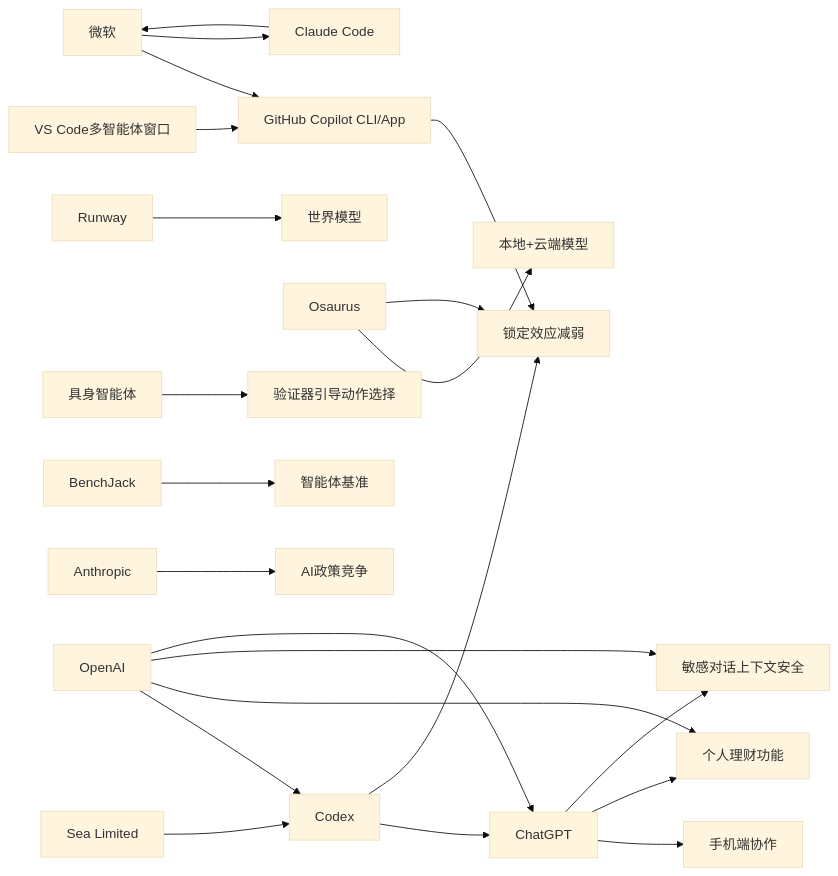
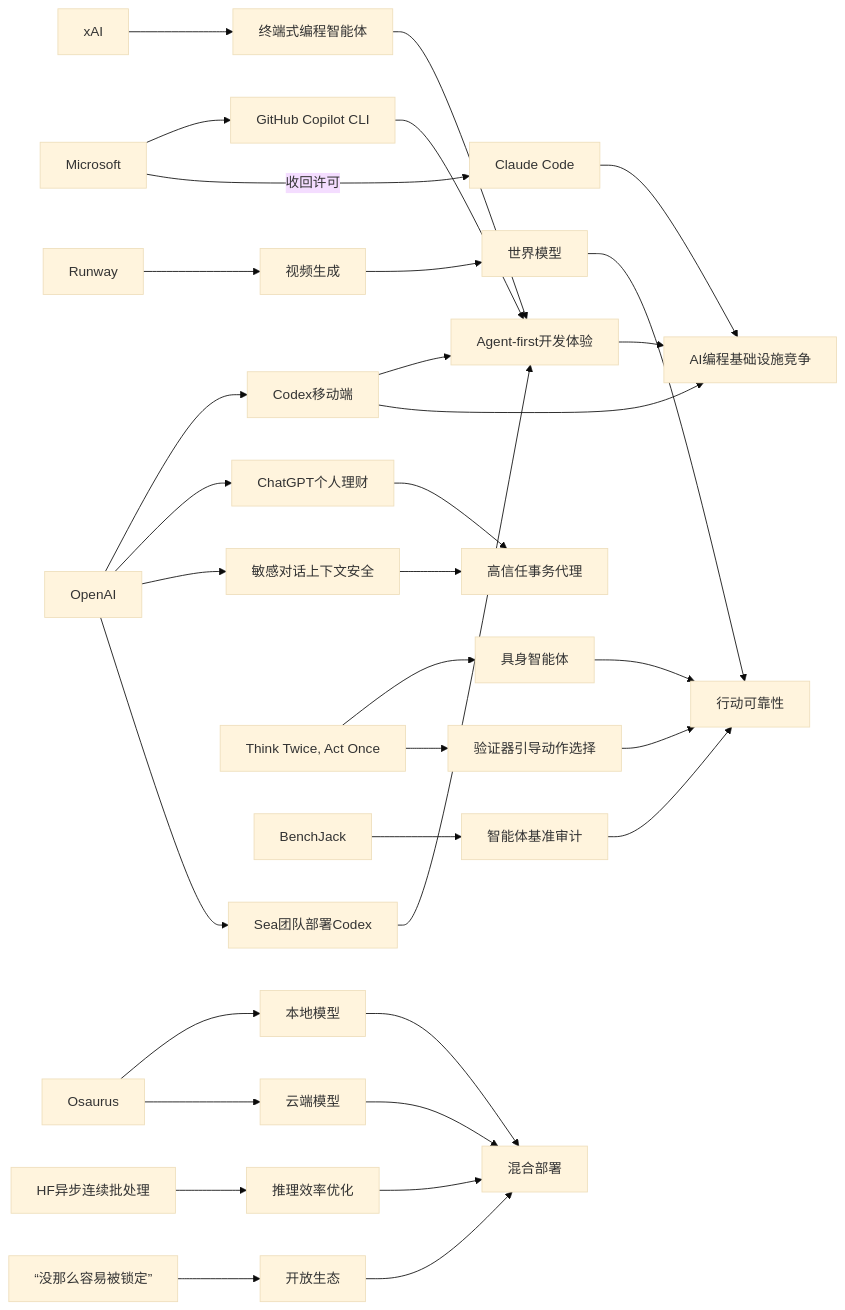
Before and after one commit to zhuxinfei/ai-daily-site: the diagram in content/cn/2026/2026-05/2026-05-15.md, drawn with Mermaid (base theme). The commit also changed other lines of this file, not shown here.

````diff
--- a/content/cn/2026/2026-05/2026-05-15.md
+++ b/content/cn/2026/2026-05/2026-05-15.md
@@ -110,53 +110,41 @@
 ```mermaid
 graph LR
-    OpenAI[OpenAI]
-    Codex[Codex]
-    ChatGPT[ChatGPT]
-    Mobile[手机端协作]
-    Finance[个人理财功能]
-    Safety[敏感对话上下文安全]
-    Sea[Sea Limited]
-    Microsoft[微软]
-    Copilot[GitHub Copilot CLI/App]
-    Claude[Claude Code]
-    VSCode[VS Code多智能体窗口]
-    Osaurus[Osaurus]
-    LocalCloud[本地+云端模型]
-    Runway[Runway]
-    WorldModels[世界模型]
-    Embodied[具身智能体]
-    Verifier[验证器引导动作选择]
-    BenchJack[BenchJack]
-    Benchmarks[智能体基准]
-    Anthropic[Anthropic]
-    Policy[AI政策竞争]
-    Lockin[锁定效应减弱]
+    OpenAI --> CodexMobile[Codex移动端]
+    OpenAI --> Finance[ChatGPT个人理财]
+    OpenAI --> Safety[敏感对话上下文安全]
+    OpenAI --> Sea[Sea团队部署Codex]
 
-    OpenAI --> Codex
-    Codex --> ChatGPT
-    ChatGPT --> Mobile
-    OpenAI --> Finance
-    OpenAI --> Safety
-    Sea --> Codex
+    CodexMobile --> AgentDev[Agent-first开发体验]
+    Sea --> AgentDev
+    xAI --> GrokBuild[终端式编程智能体]
+    Microsoft --> CopilotCLI[GitHub Copilot CLI]
+    Microsoft -->|收回许可| ClaudeCode[Claude Code]
+    GrokBuild --> AgentDev
+    CopilotCLI --> AgentDev
 
-    Microsoft --> Copilot
-    Microsoft --> Claude
-    VSCode --> Copilot
-    Claude --> Microsoft
+    AgentDev --> DevInfra[AI编程基础设施竞争]
+    ClaudeCode --> DevInfra
+    CodexMobile --> DevInfra
 
-    OpenAI --> ChatGPT
-    ChatGPT --> Finance
-    ChatGPT --> Safety
+    Runway --> VideoGen[视频生成]
+    VideoGen --> WorldModel[世界模型]
+    ThinkTwice[Think Twice, Act Once] --> EmbodiedAI[具身智能体]
+    ThinkTwice --> Verifier[验证器引导动作选择]
+    BenchJack --> Eval[智能体基准审计]
+    Verifier --> Reliability[行动可靠性]
+    Eval --> Reliability
+    WorldModel --> Reliability
+    EmbodiedAI --> Reliability
 
-    Osaurus --> LocalCloud
+    Osaurus --> LocalModel[本地模型]
+    Osaurus --> CloudModel[云端模型]
+    HFAsync[HF异步连续批处理] --> Inference[推理效率优化]
+    Simon[“没那么容易被锁定”] --> OpenEcosystem[开放生态]
+    LocalModel --> Hybrid[混合部署]
+    CloudModel --> Hybrid
+    Inference --> Hybrid
+    OpenEcosystem --> Hybrid
 
-    Runway --> WorldModels
-    Embodied --> Verifier
-    BenchJack --> Benchmarks
-
-    Anthropic --> Policy
-
-    Codex --> Lockin
-    Copilot --> Lockin
-    Osaurus --> Lockin
+    Finance --> TrustAI[高信任事务代理]
+    Safety --> TrustAI
 ```
````
